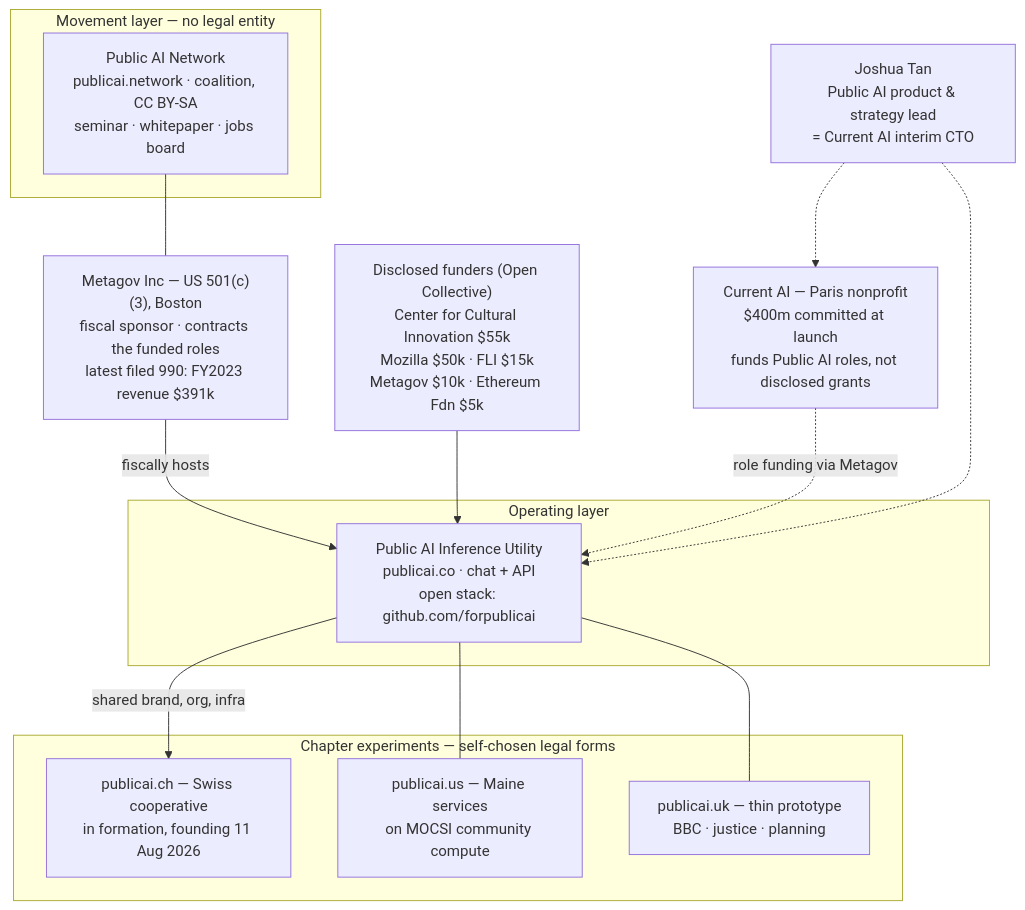
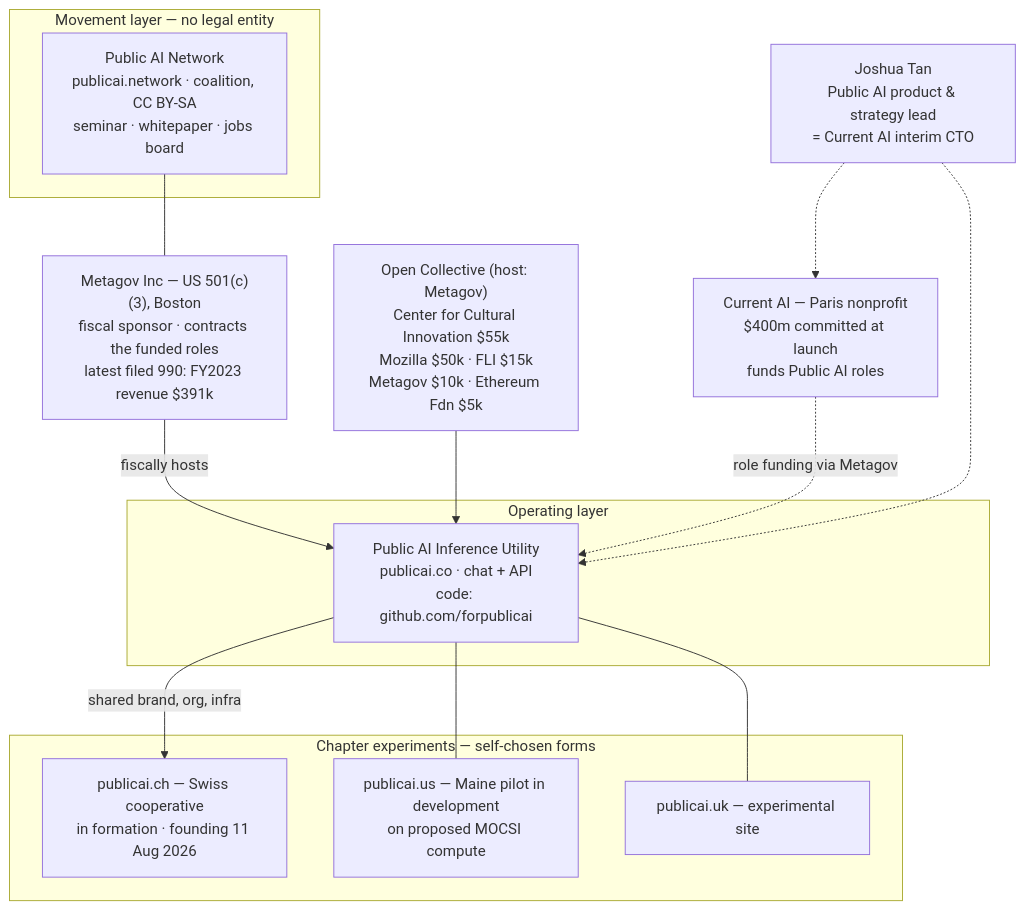
Before and after one commit to robertschaub/our-ai-charter: the first of 4 diagrams in docs/wip/public-ai-what-they-build.md, drawn with Mermaid. The commit also changed other lines of this file and 2 other files, not shown here.

First line of the commit message:
docs(wip): rebuild Public AI deep-dive per external review

````diff
--- a/docs/wip/public-ai-what-they-build.md
+++ b/docs/wip/public-ai-what-they-build.md
@@ -18,32 +19,32 @@
 ```mermaid
 flowchart TB
   subgraph MOVE["Movement layer — no legal entity"]
     NET["Public AI Network<br/>publicai.network · coalition, CC BY-SA<br/>seminar · whitepaper · jobs board"]
   end
 
   MG["Metagov Inc — US 501(c)(3), Boston<br/>fiscal sponsor · contracts the funded roles<br/>latest filed 990: FY2023 revenue $391k"]
 
   subgraph OPS["Operating layer"]
-    UTIL["Public AI Inference Utility<br/>publicai.co · chat + API<br/>open stack: github.com/forpublicai"]
+    UTIL["Public AI Inference Utility<br/>publicai.co · chat + API<br/>code: github.com/forpublicai"]
   end
 
-  subgraph CHAP["Chapter experiments — self-chosen legal forms"]
-    CHX["publicai.ch — Swiss cooperative<br/>in formation, founding 11 Aug 2026"]
-    US["publicai.us — Maine services<br/>on MOCSI community compute"]
-    UK["publicai.uk — thin prototype<br/>BBC · justice · planning"]
+  subgraph CHAP["Chapter experiments — self-chosen forms"]
+    CHX["publicai.ch — Swiss cooperative<br/>in formation · founding 11 Aug 2026"]
+    US["publicai.us — Maine pilot in development<br/>on proposed MOCSI compute"]
+    UK["publicai.uk — experimental site"]
   end
 
-  FUND["Disclosed funders (Open Collective)<br/>Center for Cultural Innovation $55k<br/>Mozilla $50k · FLI $15k<br/>Metagov $10k · Ethereum Fdn $5k"]
-  CAI["Current AI — Paris nonprofit<br/>$400m committed at launch<br/>funds Public AI roles, not disclosed grants"]
+  FUND["Open Collective (host: Metagov)<br/>Center for Cultural Innovation $55k<br/>Mozilla $50k · FLI $15k<br/>Metagov $10k · Ethereum Fdn $5k"]
+  CAI["Current AI — Paris nonprofit<br/>$400m committed at launch<br/>funds Public AI roles"]
   TAN["Joshua Tan<br/>Public AI product & strategy lead<br/>= Current AI interim CTO"]
 
   NET --- MG
   MG -->|fiscally hosts| UTIL
   UTIL -->|shared brand, org, infra| CHX
   UTIL --- US
   UTIL --- UK
   FUND --> UTIL
   CAI -.->|role funding via Metagov| UTIL
   TAN -.-> CAI
   TAN -.-> UTIL
 ```
````
